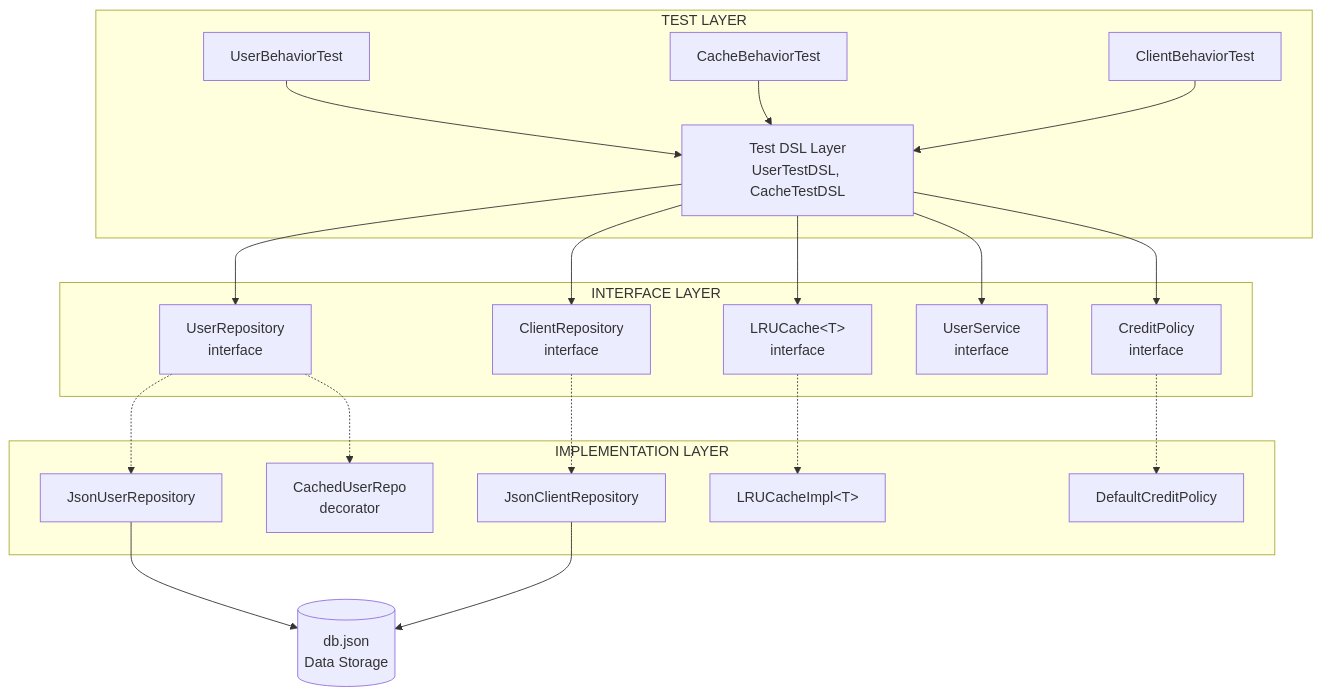
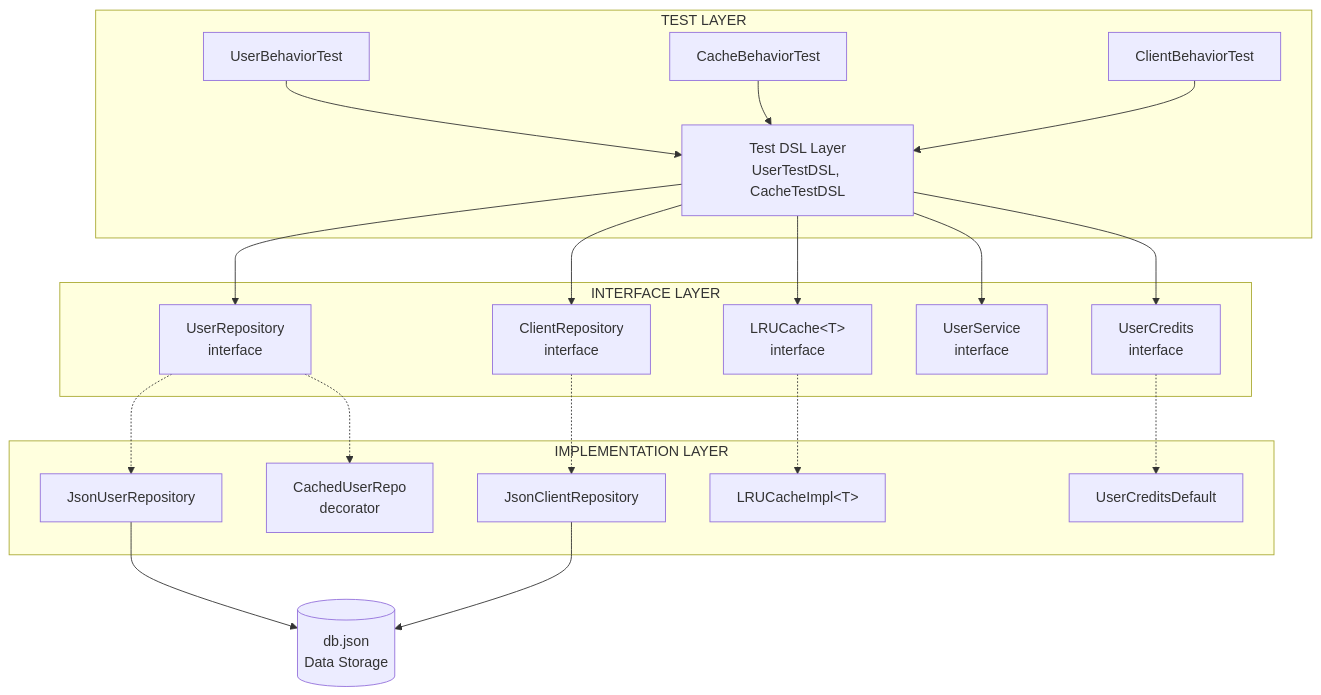
Before and after one commit to GitSmart86/BDD-Example-Kotlin: the first of 3 diagrams in docs/ARCHITECTURE.md, drawn with Mermaid. The commit also changed other lines of this file and 8 other files, not shown here.

First line of the commit message:
Rename CreditPolicy to UserCredits

````diff
--- a/docs/ARCHITECTURE.md
+++ b/docs/ARCHITECTURE.md
@@ -21,34 +21,34 @@
 ```mermaid
 flowchart TB
     subgraph TEST["TEST LAYER"]
         UBT[UserBehaviorTest]
         CBT[CacheBehaviorTest]
         CLBT[ClientBehaviorTest]
         UBT & CBT & CLBT --> DSL[Test DSL Layer<br/>UserTestDSL, CacheTestDSL]
     end
 
     subgraph INTERFACE["INTERFACE LAYER"]
         UR[UserRepository<br/>interface]
         CR[ClientRepository<br/>interface]
         LC[LRUCache&lt;T&gt;<br/>interface]
         US[UserService<br/>interface]
-        CP[CreditPolicy<br/>interface]
+        CP[UserCredits<br/>interface]
     end
 
     subgraph IMPL["IMPLEMENTATION LAYER"]
         JUR[JsonUserRepository]
         JCR[JsonClientRepository]
         LCI[LRUCacheImpl&lt;T&gt;]
         CUR[CachedUserRepo<br/>decorator]
-        DCP[DefaultCreditPolicy]
+        DCP[UserCreditsDefault]
     end
 
     DB[(db.json<br/>Data Storage)]
 
     DSL --> UR & CR & LC & US & CP
     UR -.-> JUR & CUR
     CR -.-> JCR
     LC -.-> LCI
     CP -.-> DCP
     JUR & JCR --> DB
 ```
````
